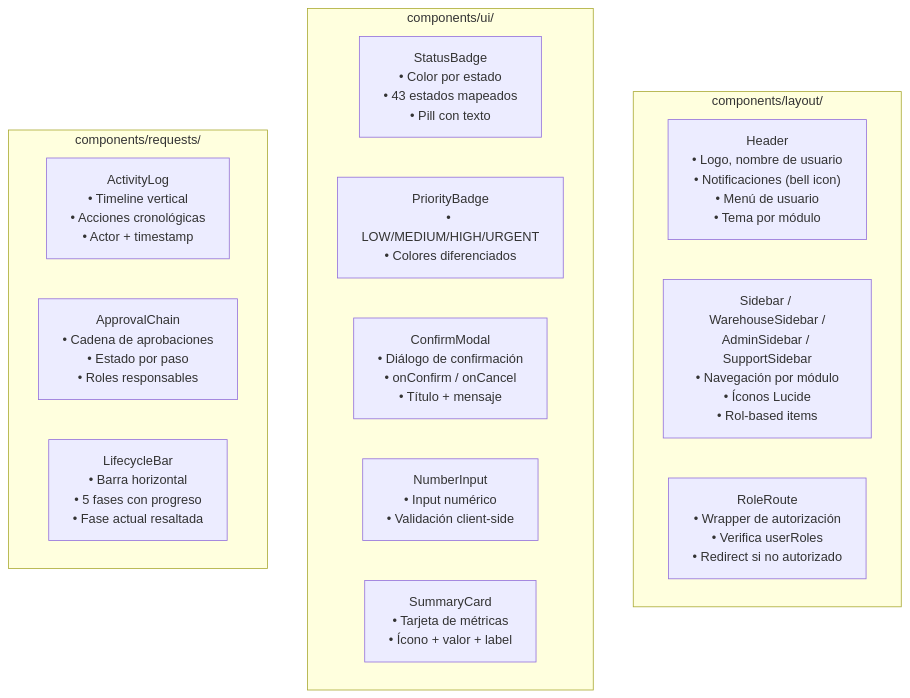
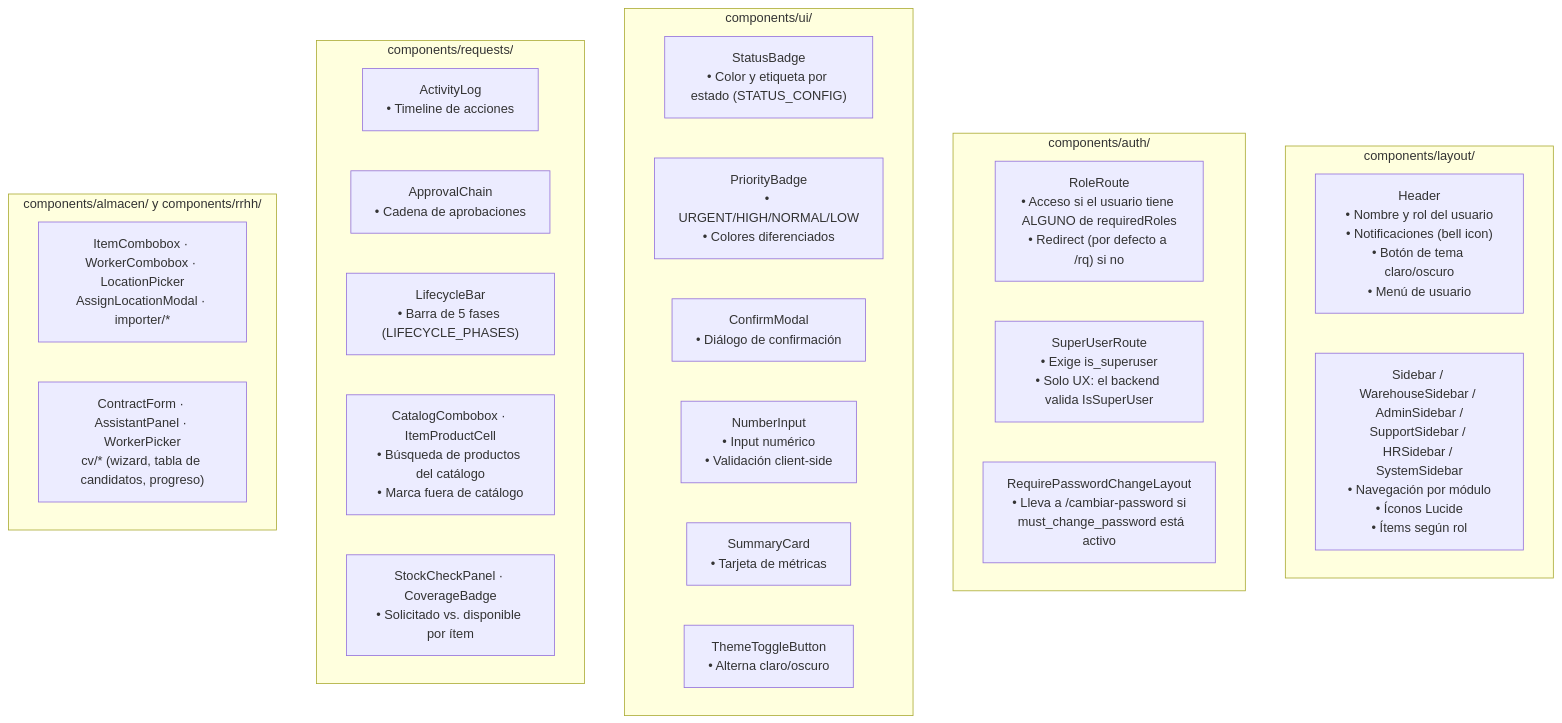
The fourth of 19 diagrams in docs/03_Arquitectura_Bajo_Nivel.md (pccpegit/SYSPCCLOG), drawn with Mermaid before and after one commit. The commit also changed other lines of this file and 42 other files, not shown here.

````diff
--- a/docs/03_Arquitectura_Bajo_Nivel.md
+++ b/docs/03_Arquitectura_Bajo_Nivel.md
@@ -283,22 +413,35 @@
 ```mermaid
 graph TB
     subgraph "components/layout/"
-        HL["Header<br/>• Logo, nombre de usuario<br/>• Notificaciones (bell icon)<br/>• Menú de usuario<br/>• Tema por módulo"]
-        SBR["Sidebar / WarehouseSidebar /<br/>AdminSidebar / SupportSidebar<br/>• Navegación por módulo<br/>• Íconos Lucide<br/>• Rol-based items"]
-        RR["RoleRoute<br/>• Wrapper de autorización<br/>• Verifica userRoles<br/>• Redirect si no autorizado"]
+        HL["Header<br/>• Nombre y rol del usuario<br/>• Notificaciones (bell icon)<br/>• Botón de tema claro/oscuro<br/>• Menú de usuario"]
+        SBR["Sidebar / WarehouseSidebar / AdminSidebar /<br/>SupportSidebar / HRSidebar / SystemSidebar<br/>• Navegación por módulo<br/>• Íconos Lucide<br/>• Ítems según rol"]
+    end
+
+    subgraph "components/auth/"
+        RR["RoleRoute<br/>• Acceso si el usuario tiene ALGUNO de requiredRoles<br/>• Redirect (por defecto a /rq) si no"]
+        SUR["SuperUserRoute<br/>• Exige is_superuser<br/>• Solo UX: el backend valida IsSuperUser"]
+        RPCL["RequirePasswordChangeLayout<br/>• Lleva a /cambiar-password si<br/>  must_change_password está activo"]
     end
 
     subgraph "components/ui/"
-        SB["StatusBadge<br/>• Color por estado<br/>• 43 estados mapeados<br/>• Pill con texto"]
-        PB["PriorityBadge<br/>• LOW/MEDIUM/HIGH/URGENT<br/>• Colores diferenciados"]
-        CM["ConfirmModal<br/>• Diálogo de confirmación<br/>• onConfirm / onCancel<br/>• Título + mensaje"]
+        SB["StatusBadge<br/>• Color y etiqueta por estado (STATUS_CONFIG)"]
+        PB["PriorityBadge<br/>• URGENT/HIGH/NORMAL/LOW<br/>• Colores diferenciados"]
+        CM["ConfirmModal<br/>• Diálogo de confirmación"]
         NI["NumberInput<br/>• Input numérico<br/>• Validación client-side"]
-        SC["SummaryCard<br/>• Tarjeta de métricas<br/>• Ícono + valor + label"]
+        SC["SummaryCard<br/>• Tarjeta de métricas"]
+        TT["ThemeToggleButton<br/>• Alterna claro/oscuro"]
     end
 
     subgraph "components/requests/"
-        AL["ActivityLog<br/>• Timeline vertical<br/>• Acciones cronológicas<br/>• Actor + timestamp"]
-        AC["ApprovalChain<br/>• Cadena de aprobaciones<br/>• Estado por paso<br/>• Roles responsables"]
-        LB["LifecycleBar<br/>• Barra horizontal<br/>• 5 fases con progreso<br/>• Fase actual resaltada"]
+        AL["ActivityLog<br/>• Timeline de acciones"]
+        AC["ApprovalChain<br/>• Cadena de aprobaciones"]
+        LB["LifecycleBar<br/>• Barra de 5 fases (LIFECYCLE_PHASES)"]
+        CC["CatalogCombobox · ItemProductCell<br/>• Búsqueda de productos del catálogo<br/>• Marca fuera de catálogo"]
+        SCP["StockCheckPanel · CoverageBadge<br/>• Solicitado vs. disponible por ítem"]
+    end
+
+    subgraph "components/almacen/ y components/rrhh/"
+        ALM["ItemCombobox · WorkerCombobox · LocationPicker<br/>AssignLocationModal · importer/*"]
+        RRH["ContractForm · AssistantPanel · WorkerPicker<br/>cv/* (wizard, tabla de candidatos, progreso)"]
     end
 ```
````
